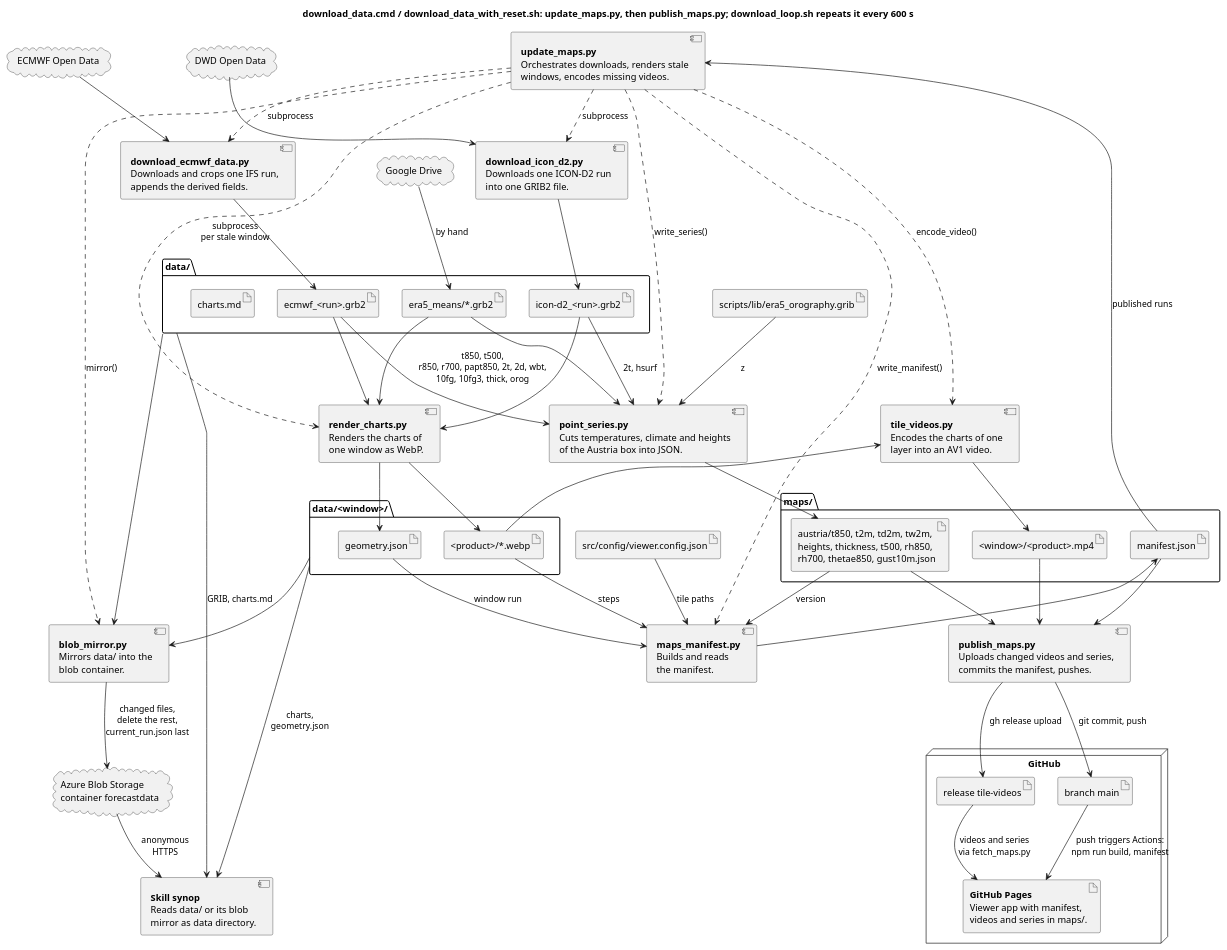
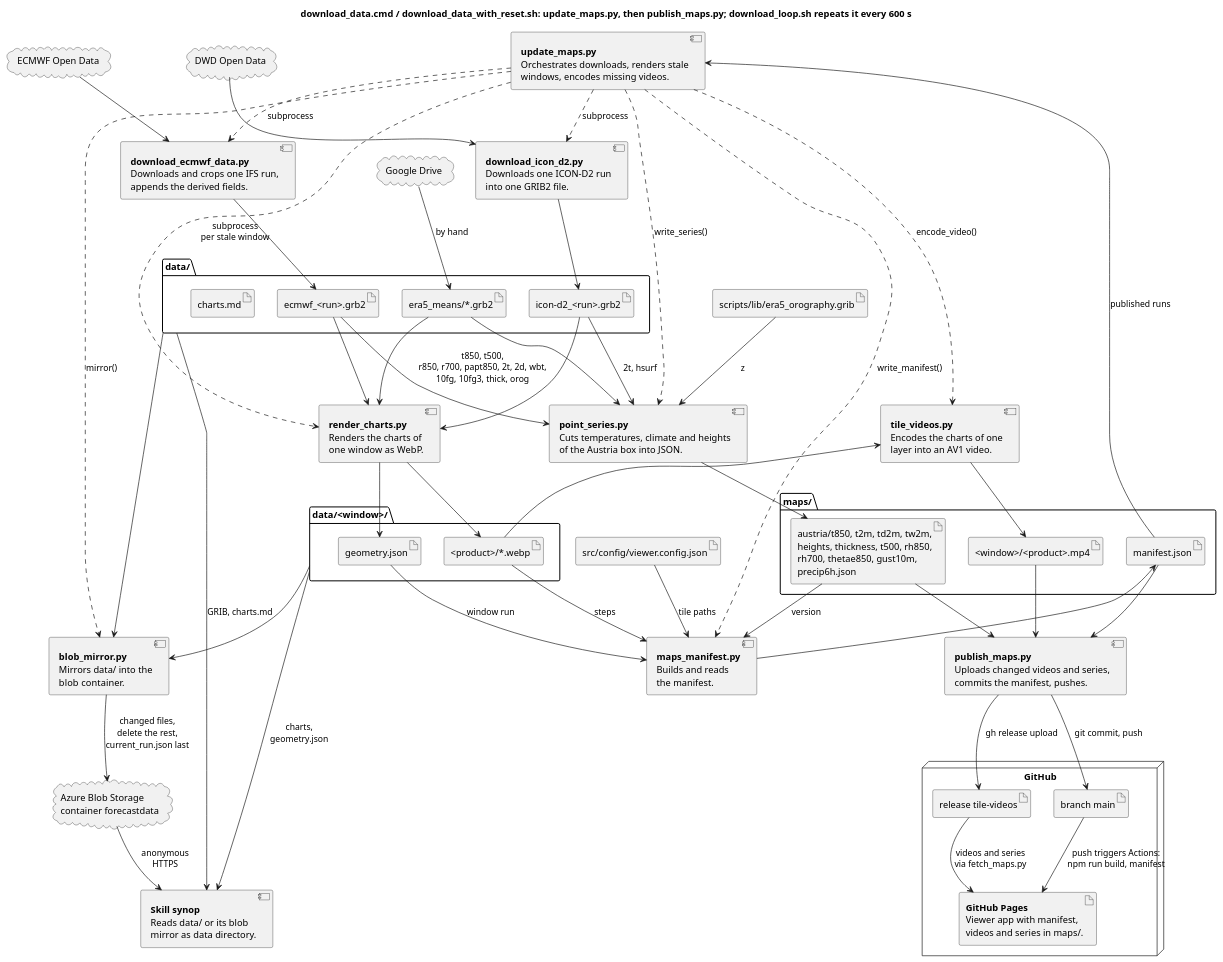
The first of 5 diagrams in REFERENCE.scripts.md (schletz/wetterkartenviewer), drawn with PlantUML before and after one commit. The commit also changed other lines of this file and 12 other files, not shown here.

```diff
--- a/REFERENCE.scripts.md
+++ b/REFERENCE.scripts.md
@@ -98,7 +98,7 @@
 }
 folder "maps/" {
  artifact "<window>/<product>.mp4" as videos
- artifact "austria/t850, t2m, td2m, tw2m,\nheights, thickness, t500, rh850,\nrh700, thetae850, gust10m.json" as series
+ artifact "austria/t850, t2m, td2m, tw2m,\nheights, thickness, t500, rh850,\nrh700, thetae850, gust10m,\nprecip6h.json" as series
  artifact "manifest.json" as manifest
 }
 artifact "src/config/viewer.config.json" as config
```
